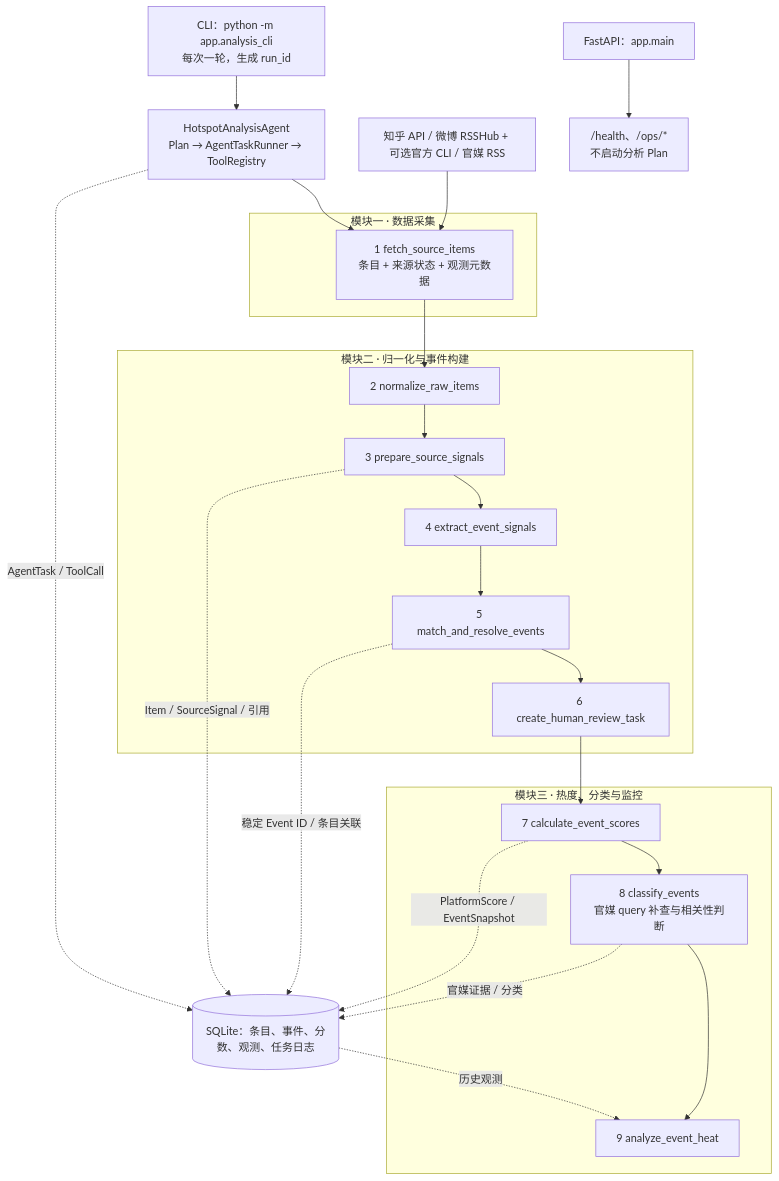
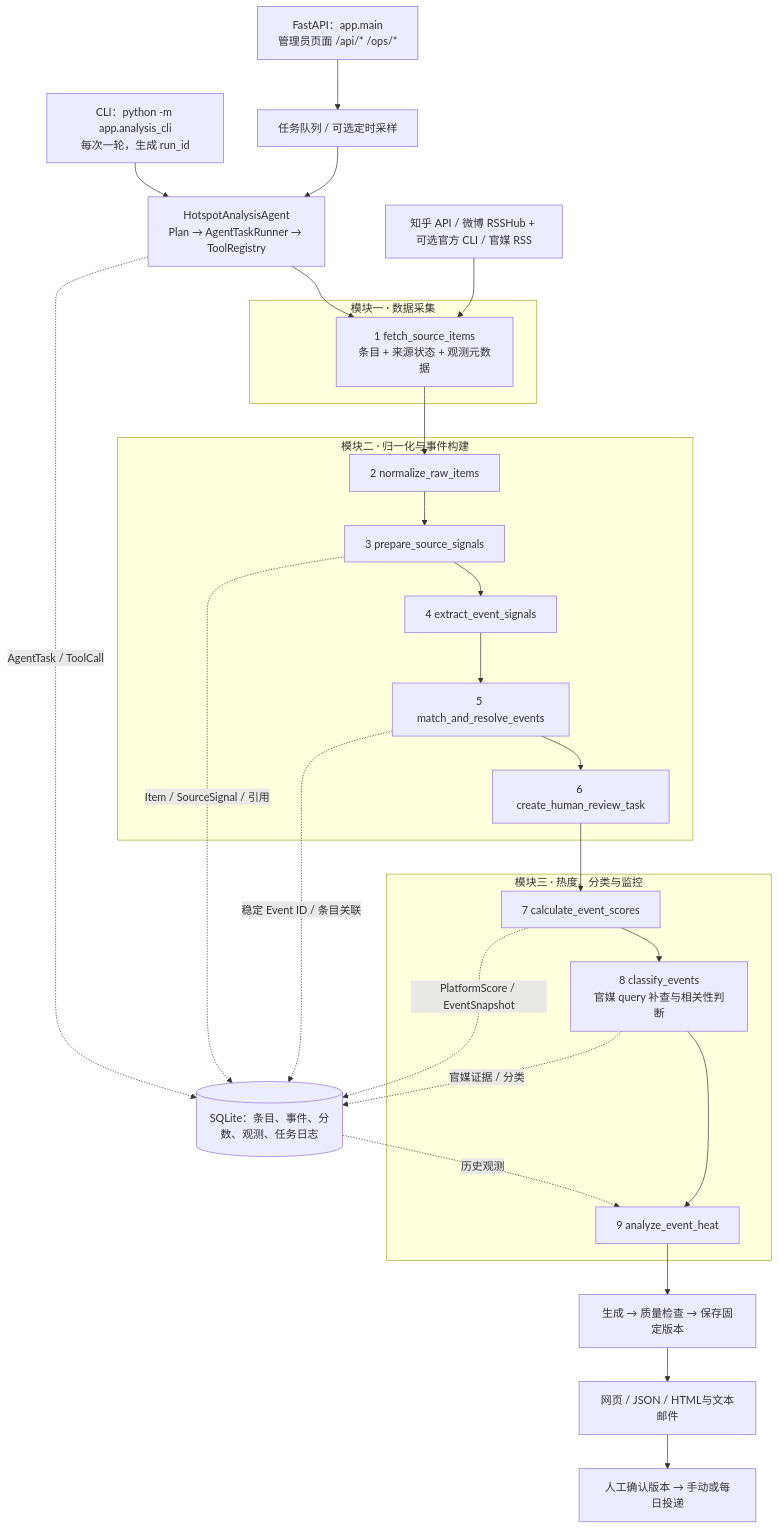
The diagram in README.md (xiedieyitongshou/public-opinion-analysis-refactor), drawn with Mermaid before and after one commit. The commit also changed other lines of this file and 47 other files, not shown here.

````diff
--- a/README.md
+++ b/README.md
@@ -7,25 +9,29 @@
 ```mermaid
 flowchart TD
     CLI["CLI：python -m app.analysis_cli<br/>每次一轮，生成 run_id"] --> AG["HotspotAnalysisAgent<br/>Plan → AgentTaskRunner → ToolRegistry"]
     SRC["知乎 API / 微博 RSSHub + 可选官方 CLI / 官媒 RSS"] --> T1
     AG --> T1
 
     subgraph M1["模块一 · 数据采集"]
         T1["1 fetch_source_items<br/>条目 + 来源状态 + 观测元数据"]
     end
     subgraph M2["模块二 · 归一化与事件构建"]
         T2["2 normalize_raw_items"] --> T3["3 prepare_source_signals"] --> T4["4 extract_event_signals"] --> T5["5 match_and_resolve_events"] --> T6["6 create_human_review_task"]
     end
     subgraph M3["模块三 · 热度、分类与监控"]
         T7["7 calculate_event_scores"] --> T8["8 classify_events<br/>官媒 query 补查与相关性判断"] --> T9["9 analyze_event_heat"]
     end
     T1 --> T2
     T6 --> T7
     T3 -. "Item / SourceSignal / 引用" .-> DB[("SQLite：条目、事件、分数、观测、任务日志")]
     T5 -. "稳定 Event ID / 条目关联" .-> DB
     T7 -. "PlatformScore / EventSnapshot" .-> DB
     T8 -. "官媒证据 / 分类" .-> DB
     AG -. "AgentTask / ToolCall" .-> DB
     DB -. "历史观测" .-> T9
-    API["FastAPI：app.main"] --> OPS["/health、/ops/*<br/>不启动分析 Plan"]
+    API["FastAPI：app.main<br/>管理员页面 /api/* /ops/*"] --> JOB["任务队列 / 可选定时采样"]
+    JOB --> AG
+    T9 --> REPORT["生成 → 质量检查 → 保存固定版本"]
+    REPORT --> VIEW["网页 / JSON / HTML与文本邮件"]
+    VIEW --> MAIL["人工确认版本 → 手动或每日投递"]
 ```
````
